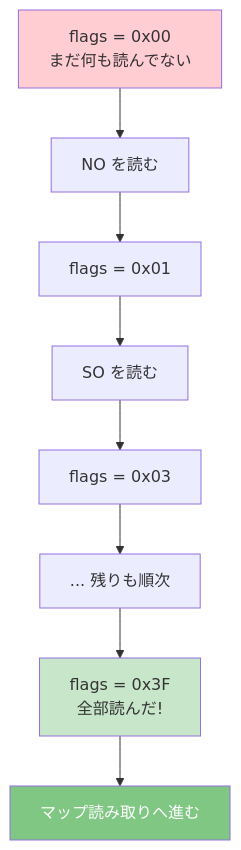
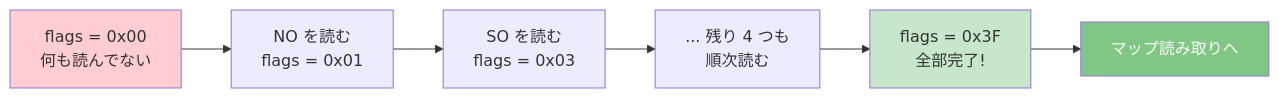
The second of 4 diagrams in docs/02-parser.md (Tsunanko/cub3d-guide), drawn with Mermaid before and after one commit. The commit also changed 6 other files, not shown here.

First line of the commit message:
Make Mermaid diagrams fill viewport width and convert vertical flowcharts to horizontal

````diff
--- a/docs/02-parser.md
+++ b/docs/02-parser.md
@@ -162,14 +162,12 @@
 ```mermaid
-flowchart TD
-    Start[flags = 0x00<br>まだ何も読んでない] --> R1[NO を読む]
-    R1 --> F1[flags = 0x01]
-    F1 --> R2[SO を読む]
-    R2 --> F2[flags = 0x03]
-    F2 --> Dots[... 残りも順次]
-    Dots --> Full[flags = 0x3F<br>全部読んだ!]
-    Full --> Go[マップ読み取りへ進む]
+flowchart LR
+    Start[flags = 0x00<br>何も読んでない] --> R1[NO を読む<br>flags = 0x01]
+    R1 --> R2[SO を読む<br>flags = 0x03]
+    R2 --> Dots[... 残り 4 つも<br>順次読む]
+    Dots --> Full[flags = 0x3F<br>全部完了!]
+    Full --> Go[マップ読み取りへ]
 
     style Start fill:#FFCDD2
     style Full fill:#C8E6C9
     style Go fill:#81C784,color:#fff
 ```
````
